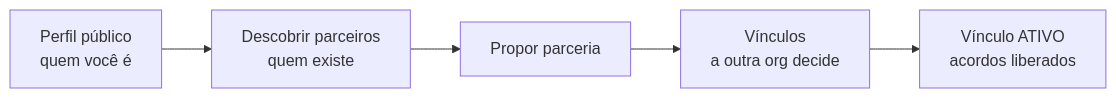
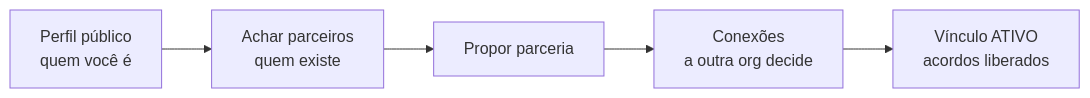
The diagram in parcerias/entrando-na-rede.md (LocFlowTeam/locflow-docs), drawn with Mermaid before and after one commit. The commit also changed other lines of this file and 12 other files, not shown here.

````diff
--- a/parcerias/entrando-na-rede.md
+++ b/parcerias/entrando-na-rede.md
@@ -72,6 +72,6 @@
 ```mermaid
 flowchart LR
-    A[Perfil público<br/>quem você é] --> B[Descobrir parceiros<br/>quem existe]
-    B --> C[Propor parceria] --> D[Vínculos<br/>a outra org decide]
+    A[Perfil público<br/>quem você é] --> B[Achar parceiros<br/>quem existe]
+    B --> C[Propor parceria] --> D[Conexões<br/>a outra org decide]
     D --> E[Vínculo ATIVO<br/>acordos liberados]
 ```
````
